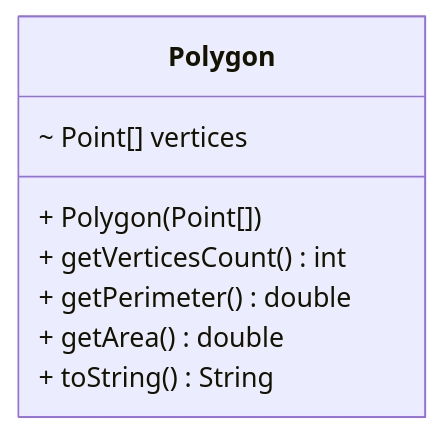
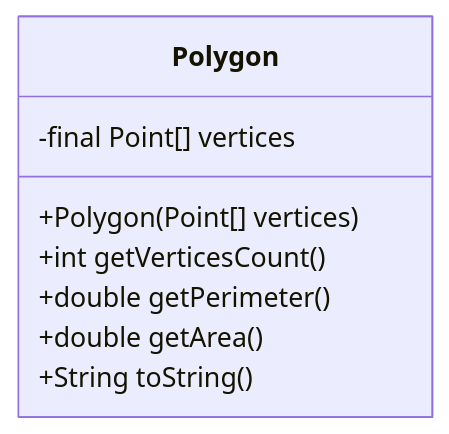
One commit to MarinCervinschi/ObjectOrientedProgramming changed the fourth of 13 diagrams in exercices/src/main/java/oop/README.md. Above: the diagram before and after it, drawn with Mermaid. The commit also changed other lines of this file and 21 other files, not shown here.

````diff
--- a/exercices/src/main/java/oop/README.md
+++ b/exercices/src/main/java/oop/README.md
@@ -137,12 +144,11 @@
 ```mermaid
 classDiagram
-direction BT
-class Polygon {
-  ~ Point[] vertices
-  + Polygon(Point[]) 
-  + getVerticesCount() int
-  + getPerimeter() double
-  + getArea() double
-  + toString() String
-}
+    class Polygon {
+        -final Point[] vertices
+        +Polygon(Point[] vertices)
+        +int getVerticesCount()
+        +double getPerimeter()
+        +double getArea()
+        +String toString()
+    }
 ```
````
